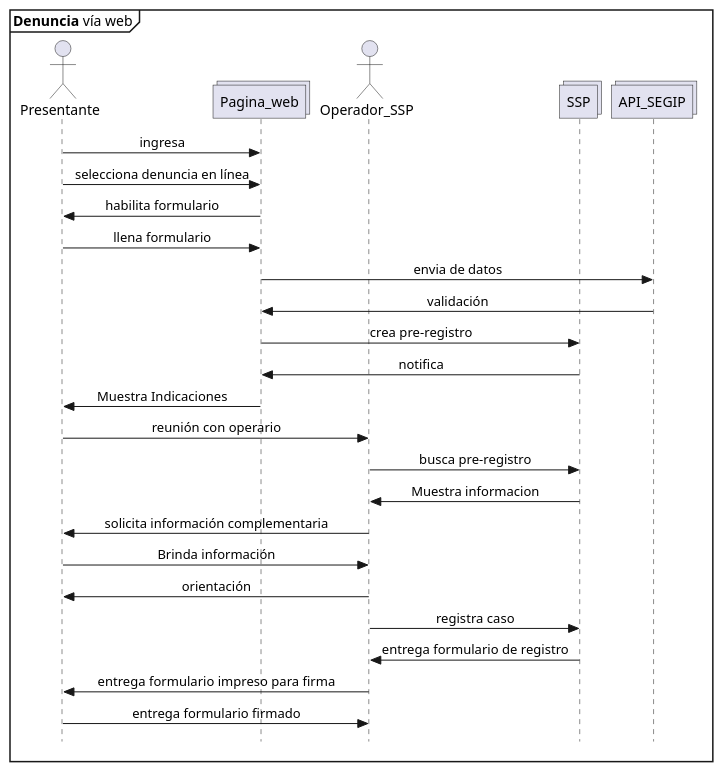
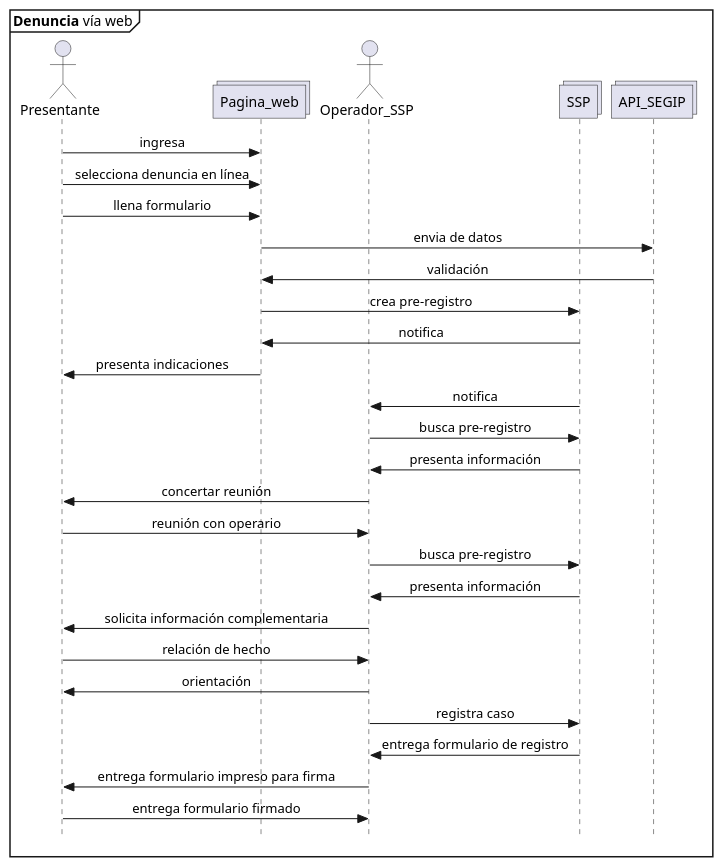
One commit to n1m0d0/defdiag changed the diagram in propuesta SSP/01 denuncia via web.plantuml. Above: the diagram before and after it, drawn with PlantUML. The commit also changed 14 other files, not shown here.

Commit message:
ajustes a los diagramas

```diff
--- a/propuesta SSP/01 denuncia via web.plantuml
+++ b/propuesta SSP/01 denuncia via web.plantuml
@@ -1,33 +1,36 @@
 @startuml Denuncia_web
 skinparam Style strictuml
 skinparam SequenceMessageAlignment center
 
 mainframe **Denuncia** vía web
 
 actor Presentante as pre
 collections Pagina_web as web
 actor Operador_SSP as opssp
 collections SSP 
 collections API_SEGIP as segip
 
 pre -> web : ingresa
 pre -> web : selecciona denuncia en línea
-web -> pre : habilita formulario
 pre -> web : llena formulario
 web -> segip : envia de datos
 segip -> web : validación 
 web->SSP : crea pre-registro
 SSP->web : notifica
-web->pre : Muestra Indicaciones
-pre->opssp : reunión con operario
+web->pre : presenta indicaciones
+SSP->opssp : notifica
 opssp->SSP : busca pre-registro
-SSP->opssp : Muestra informacion
+SSP->opssp : presenta información
+opssp->pre : concertar reunión
+pre->opssp: reunión con operario
+opssp->SSP : busca pre-registro
+SSP->opssp : presenta información
 opssp -> pre : solicita información complementaria
-pre->opssp : Brinda información
+pre->opssp : relación de hecho
 opssp->pre : orientación
 opssp->SSP : registra caso
 SSP->opssp : entrega formulario de registro
 opssp->pre : entrega formulario impreso para firma
 pre->opssp : entrega formulario firmado
 
 @enduml
```
